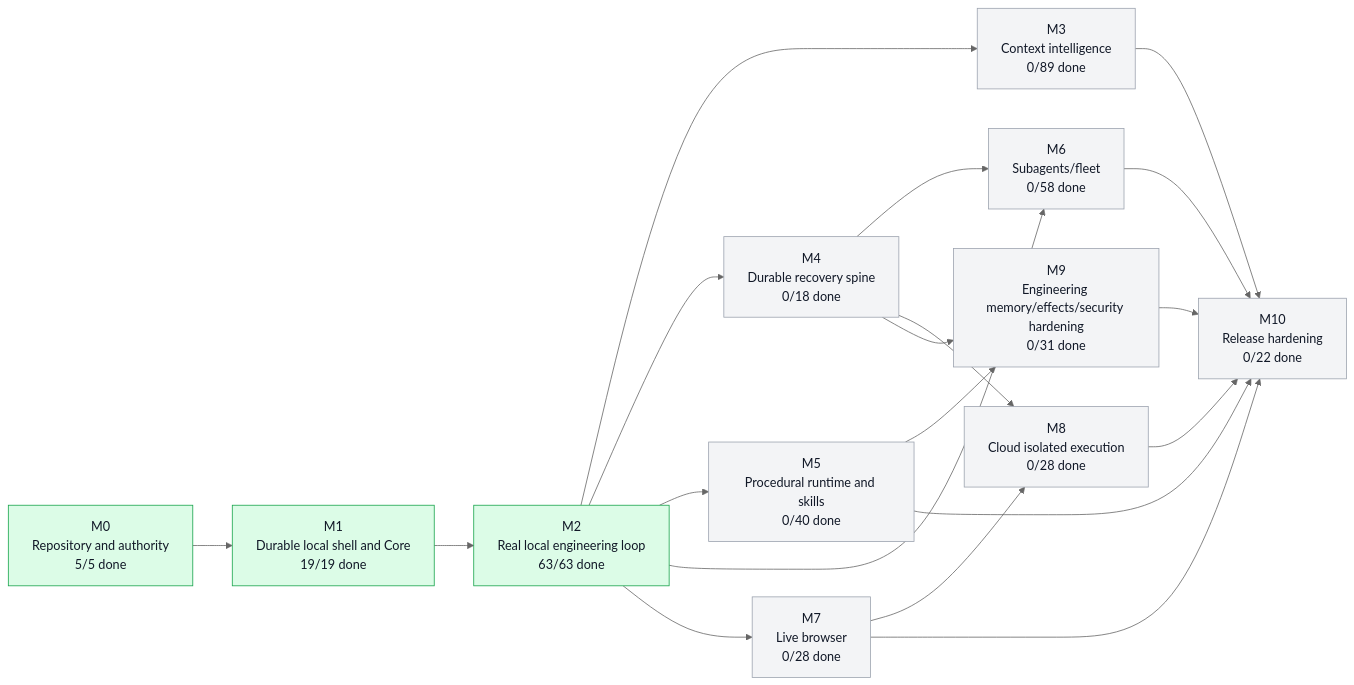
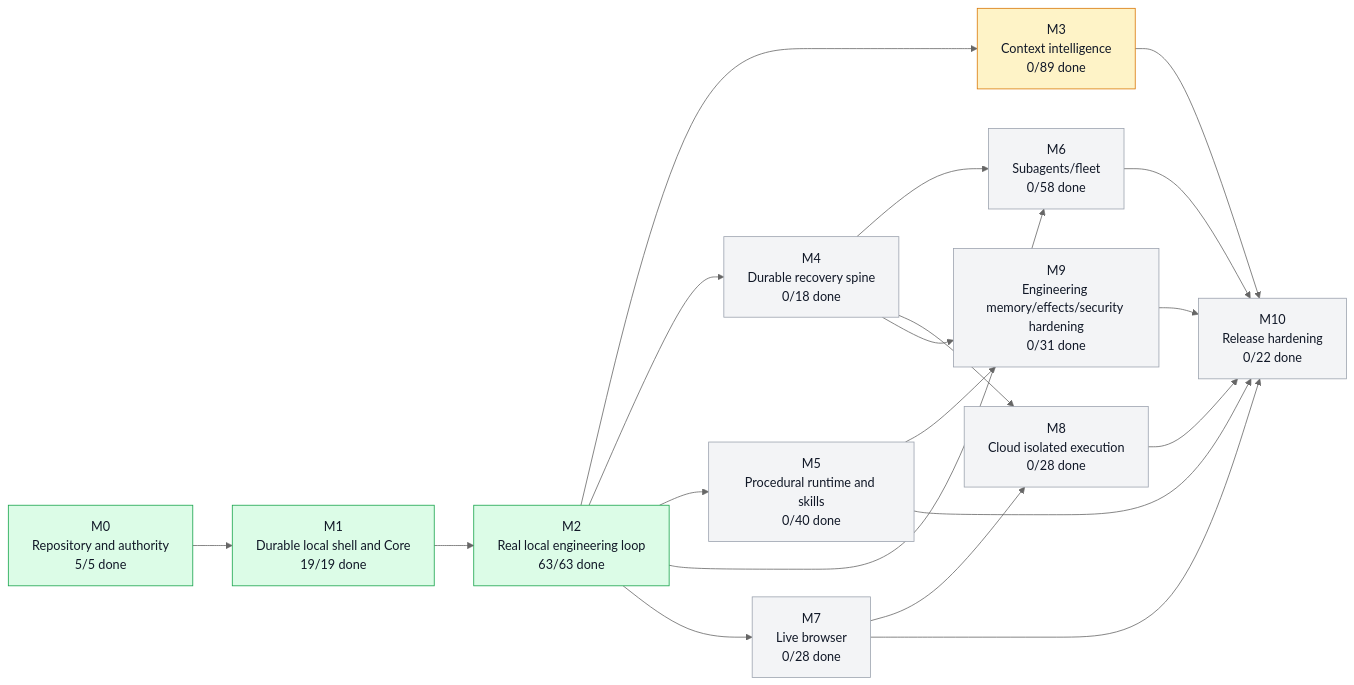
The first of 5 diagrams in graph/PROJECT_GRAPH.md (moss101/modbit), drawn with Mermaid (neutral theme) before and after one commit. The commit also changed other lines of this file and 22 other files, not shown here.

````diff
--- a/graph/PROJECT_GRAPH.md
+++ b/graph/PROJECT_GRAPH.md
@@ -57,43 +57,43 @@
 ```mermaid
 flowchart LR
   M0["M0<br/>Repository and authority<br/>5/5 done"]
   M1["M1<br/>Durable local shell and Core<br/>19/19 done"]
   M2["M2<br/>Real local engineering loop<br/>63/63 done"]
   M3["M3<br/>Context intelligence<br/>0/89 done"]
   M4["M4<br/>Durable recovery spine<br/>0/18 done"]
   M5["M5<br/>Procedural runtime and skills<br/>0/40 done"]
   M6["M6<br/>Subagents/fleet<br/>0/58 done"]
   M7["M7<br/>Live browser<br/>0/28 done"]
   M8["M8<br/>Cloud isolated execution<br/>0/28 done"]
   M9["M9<br/>Engineering memory/effects/security hardening<br/>0/31 done"]
   M10["M10<br/>Release hardening<br/>0/22 done"]
   M0 --> M1
   M1 --> M2
   M2 --> M3
   M2 --> M4
   M2 --> M5
   M2 --> M6
   M4 --> M6
   M2 --> M7
   M4 --> M8
   M7 --> M8
   M4 --> M9
   M5 --> M9
   M3 --> M10
   M5 --> M10
   M6 --> M10
   M7 --> M10
   M8 --> M10
   M9 --> M10
   style M0 fill:#dcfce7,stroke:#16a34a,color:#111827
   style M1 fill:#dcfce7,stroke:#16a34a,color:#111827
   style M2 fill:#dcfce7,stroke:#16a34a,color:#111827
-  style M3 fill:#f3f4f6,stroke:#9ca3af,color:#111827
+  style M3 fill:#fef3c7,stroke:#d97706,color:#111827
   style M4 fill:#f3f4f6,stroke:#9ca3af,color:#111827
   style M5 fill:#f3f4f6,stroke:#9ca3af,color:#111827
   style M6 fill:#f3f4f6,stroke:#9ca3af,color:#111827
   style M7 fill:#f3f4f6,stroke:#9ca3af,color:#111827
   style M8 fill:#f3f4f6,stroke:#9ca3af,color:#111827
   style M9 fill:#f3f4f6,stroke:#9ca3af,color:#111827
   style M10 fill:#f3f4f6,stroke:#9ca3af,color:#111827
 ```
````
